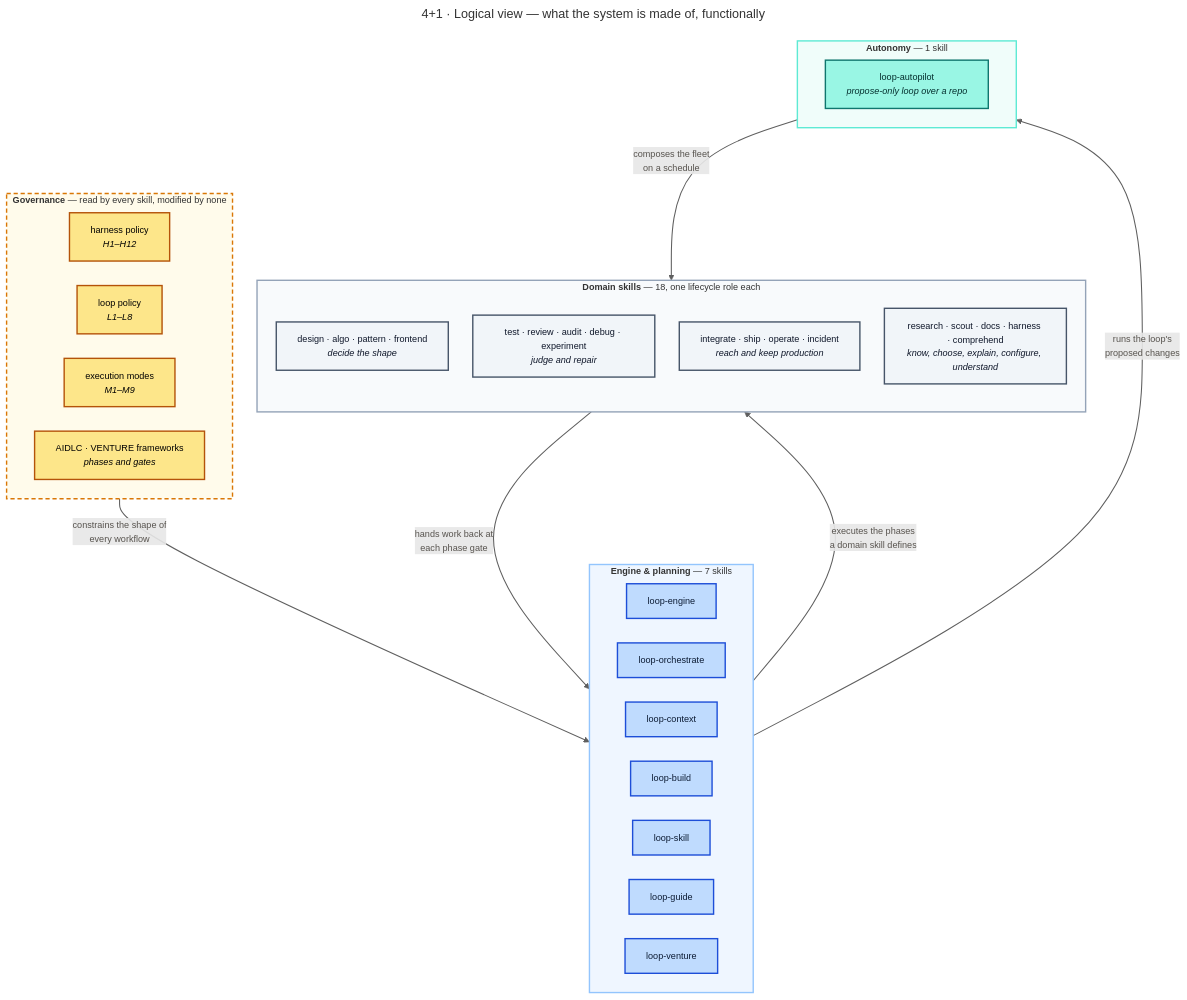
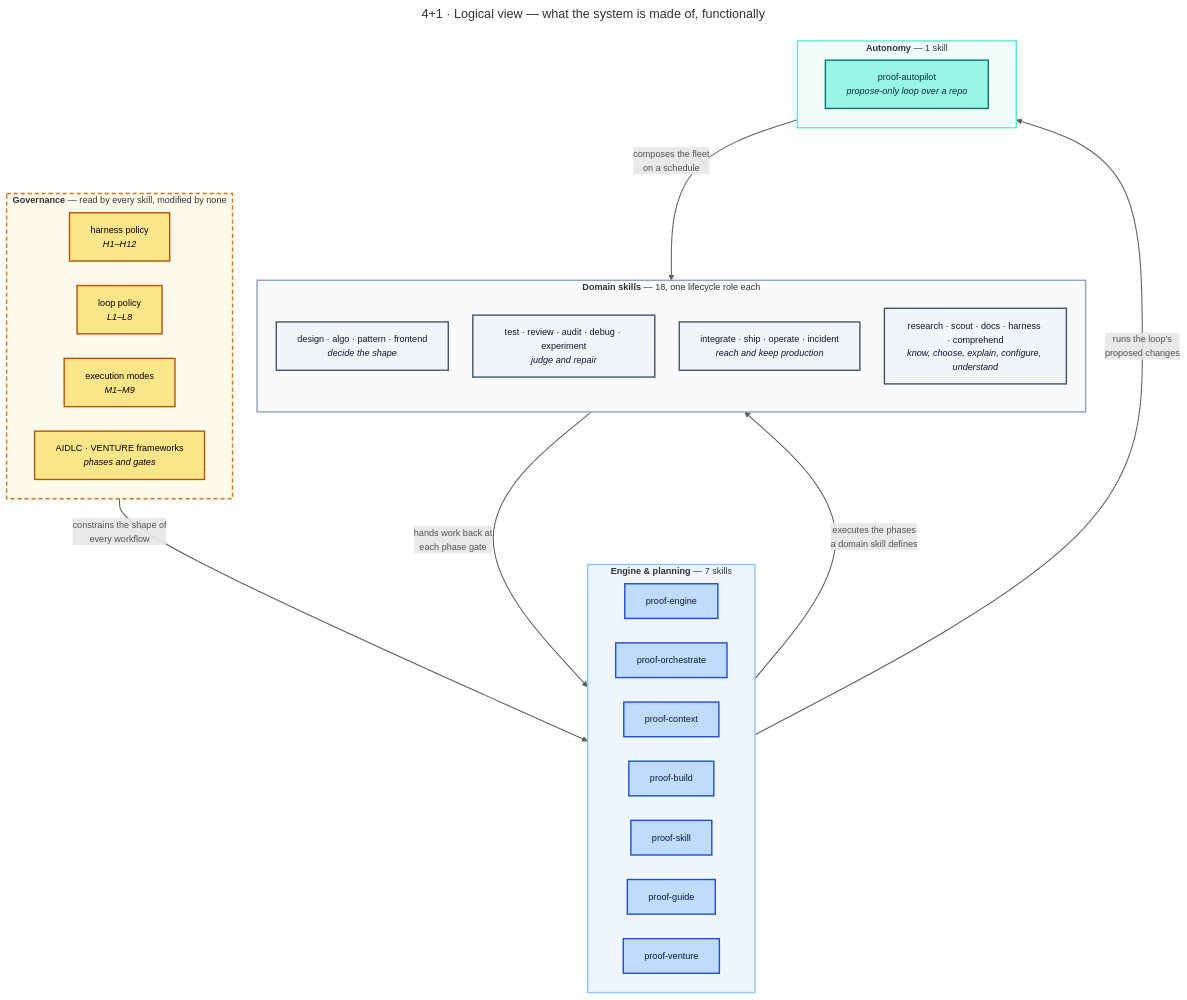
The diagram in docs/c4/diagrams/src/view-logical.mmd (santapong/Proof), drawn with Mermaid before and after one commit. The commit also changed 462 other files, not shown here.

Commit message:
feat: align Proof skill names and developer onboarding

```diff
--- a/docs/c4/diagrams/src/view-logical.mmd
+++ b/docs/c4/diagrams/src/view-logical.mmd
@@ -1,55 +1,55 @@
 ---
 title: "4+1 · Logical view — what the system is made of, functionally"
 ---
 %%{init: {"flowchart": {"curve": "basis", "nodeSpacing": 35, "rankSpacing": 55}, "themeVariables": {"fontFamily": "Segoe UI, Helvetica, Arial, sans-serif", "fontSize": "13px"}}}%%
 flowchart TB
     subgraph gov["<b>Governance</b> — read by every skill, modified by none"]
         direction LR
         harness["harness policy<br/><i>H1–H12</i>"]
         loop["loop policy<br/><i>L1–L8</i>"]
         modes["execution modes<br/><i>M1–M9</i>"]
         aidlc["AIDLC · VENTURE frameworks<br/><i>phases and gates</i>"]
     end
 
     subgraph engine["<b>Engine &amp; planning</b> — 7 skills"]
         direction LR
-        e1["loop-engine"]
-        e2["loop-orchestrate"]
-        e3["loop-context"]
-        e4["loop-build"]
-        e5["loop-skill"]
-        e6["loop-guide"]
-        e7["loop-venture"]
+        e1["proof-engine"]
+        e2["proof-orchestrate"]
+        e3["proof-context"]
+        e4["proof-build"]
+        e5["proof-skill"]
+        e6["proof-guide"]
+        e7["proof-venture"]
     end
 
     subgraph domain["<b>Domain skills</b> — 18, one lifecycle role each"]
         direction TB
         d1["design · algo · pattern · frontend<br/><i>decide the shape</i>"]
         d2["test · review · audit · debug · experiment<br/><i>judge and repair</i>"]
         d3["integrate · ship · operate · incident<br/><i>reach and keep production</i>"]
         d4["research · scout · docs · harness · comprehend<br/><i>know, choose, explain, configure, understand</i>"]
     end
 
     subgraph auto["<b>Autonomy</b> — 1 skill"]
-        a1["loop-autopilot<br/><i>propose-only loop over a repo</i>"]
+        a1["proof-autopilot<br/><i>propose-only loop over a repo</i>"]
     end
 
     gov -- "constrains the shape of<br/>every workflow" --> engine
     engine -- "executes the phases<br/>a domain skill defines" --> domain
     domain -- "hands work back at<br/>each phase gate" --> engine
     auto -- "composes the fleet<br/>on a schedule" --> domain
     engine -- "runs the loop's<br/>proposed changes" --> auto
 
     classDef law fill:#FDE68A,stroke:#B45309,stroke-width:2px,color:#000
     classDef eng fill:#BFDBFE,stroke:#1D4ED8,stroke-width:2px,color:#0C1B33
     classDef dom fill:#F1F5F9,stroke:#475569,stroke-width:2px,color:#0F172A
     classDef aut fill:#99F6E4,stroke:#0F766E,stroke-width:2px,color:#042F2E
     class harness,loop,modes,aidlc law
     class e1,e2,e3,e4,e5,e6,e7 eng
     class d1,d2,d3,d4 dom
     class a1 aut
     style gov fill:#FFFBEB,stroke:#D97706,stroke-width:2px,stroke-dasharray:6 4
     style engine fill:#EFF6FF,stroke:#93C5FD,stroke-width:2px
     style domain fill:#F8FAFC,stroke:#94A3B8,stroke-width:2px
     style auto fill:#F0FDFA,stroke:#5EEAD4,stroke-width:2px
     linkStyle default stroke:#5F5F5F,stroke-width:1.5px,color:#57534E
```
